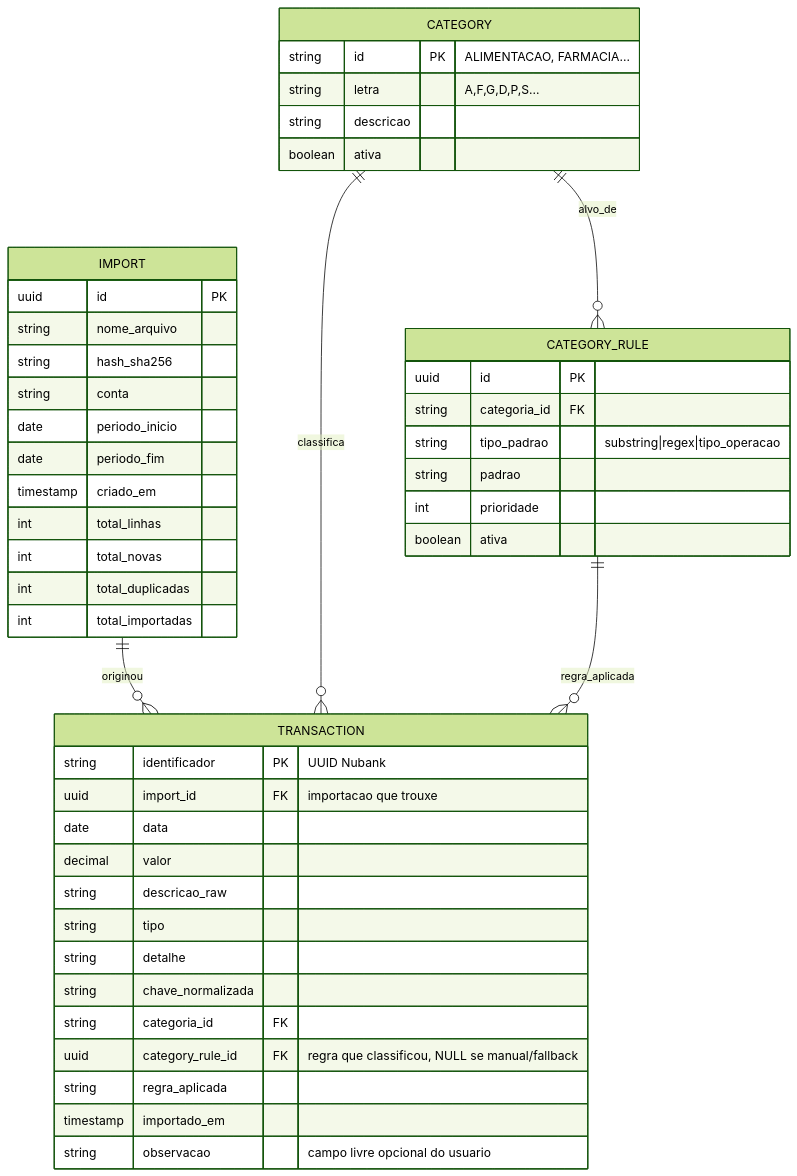
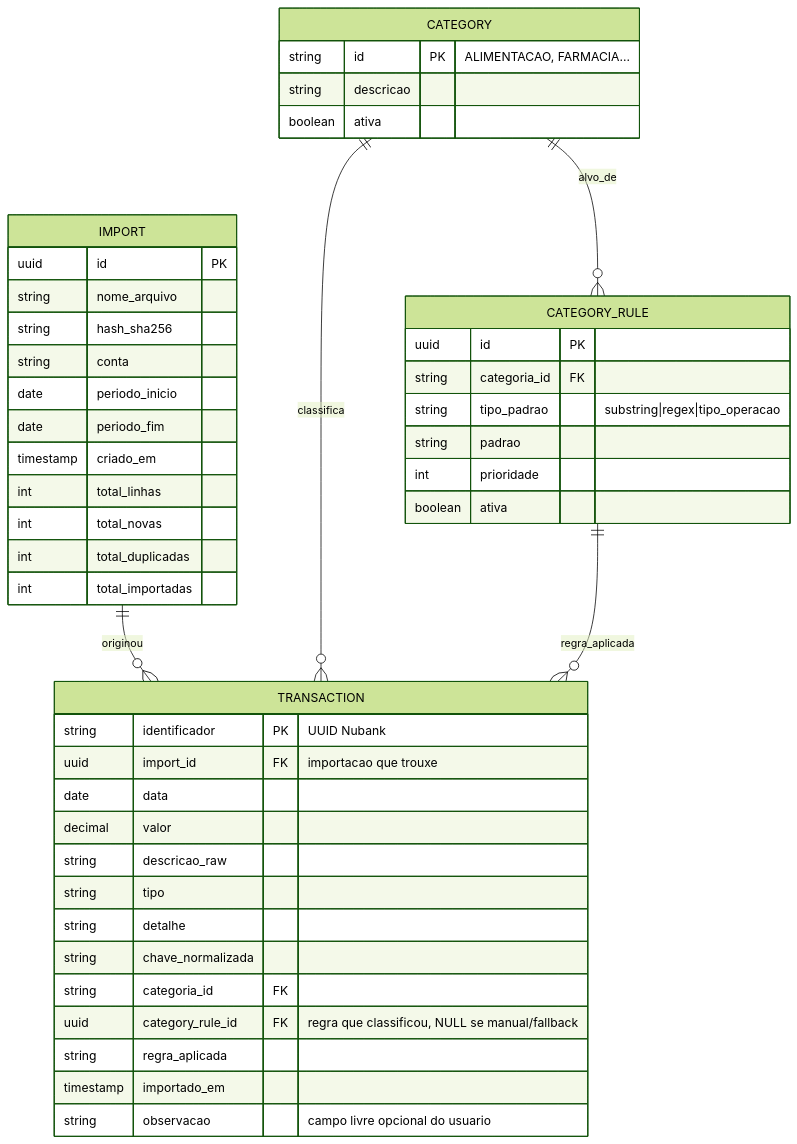
The first of 2 diagrams in docs/PLANO_SISTEMA.md (farukzahra/financeiro), drawn with Mermaid (forest theme) before and after one commit. The commit also changed other lines of this file and 13 other files, not shown here.

````diff
--- a/docs/PLANO_SISTEMA.md
+++ b/docs/PLANO_SISTEMA.md
@@ -33,53 +33,52 @@
 ```mermaid
 erDiagram
     IMPORT ||--o{ TRANSACTION : "originou"
     CATEGORY ||--o{ TRANSACTION : "classifica"
     CATEGORY ||--o{ CATEGORY_RULE : "alvo_de"
     CATEGORY_RULE ||--o{ TRANSACTION : "regra_aplicada"
 
     IMPORT {
         uuid id PK
         string nome_arquivo
         string hash_sha256
         string conta
         date periodo_inicio
         date periodo_fim
         timestamp criado_em
         int total_linhas
         int total_novas
         int total_duplicadas
         int total_importadas
     }
 
     TRANSACTION {
         string identificador PK "UUID Nubank"
         uuid import_id FK "importacao que trouxe"
         date data
         decimal valor
         string descricao_raw
         string tipo
         string detalhe
         string chave_normalizada
         string categoria_id FK
         uuid category_rule_id FK "regra que classificou, NULL se manual/fallback"
         string regra_aplicada
         timestamp importado_em
         string observacao "campo livre opcional do usuario"
     }
 
     CATEGORY {
         string id PK "ALIMENTACAO, FARMACIA..."
-        string letra "A,F,G,D,P,S..."
         string descricao
         boolean ativa
     }
 
     CATEGORY_RULE {
         uuid id PK
         string categoria_id FK
         string tipo_padrao "substring|regex|tipo_operacao"
         string padrao
         int prioridade
         boolean ativa
     }
 ```
````
